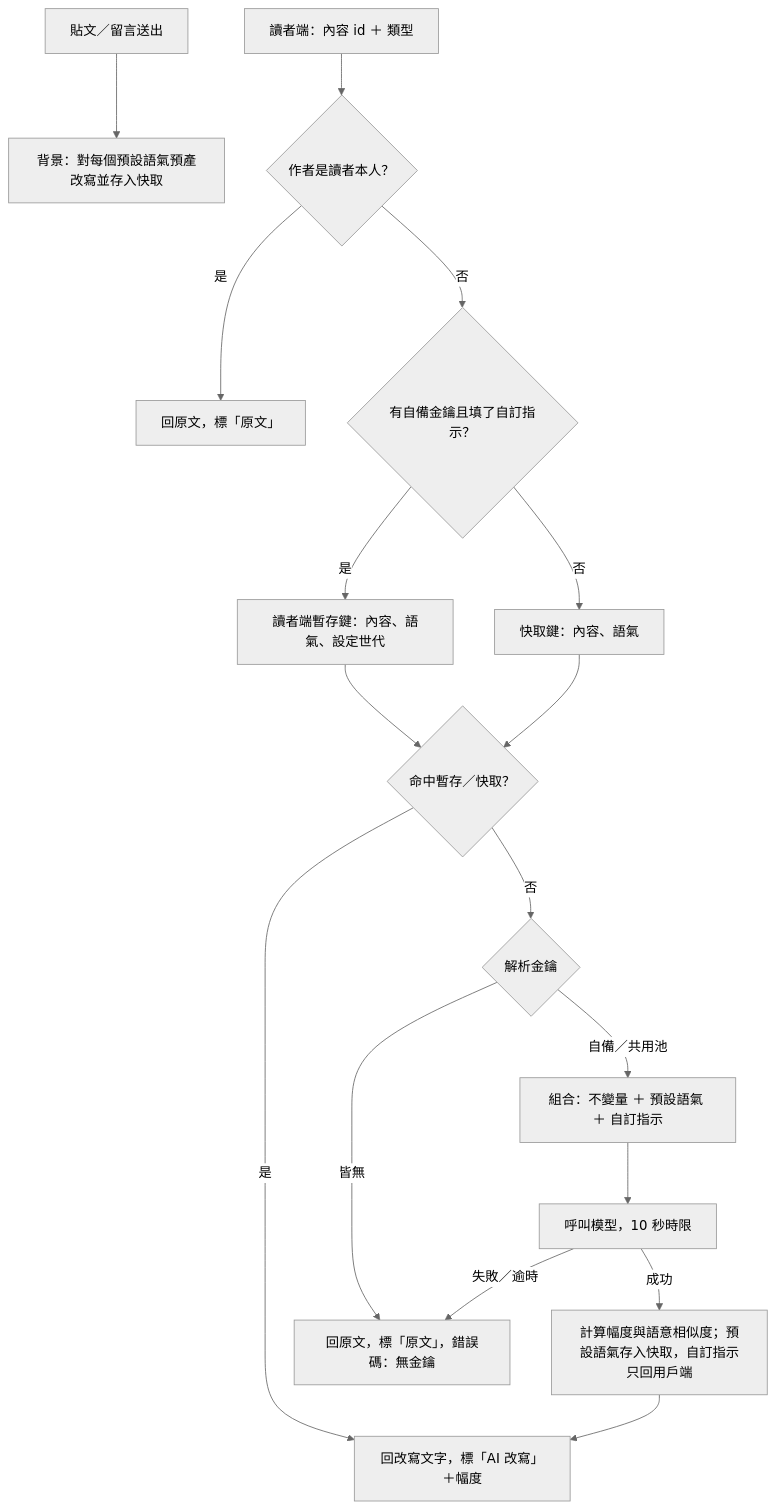
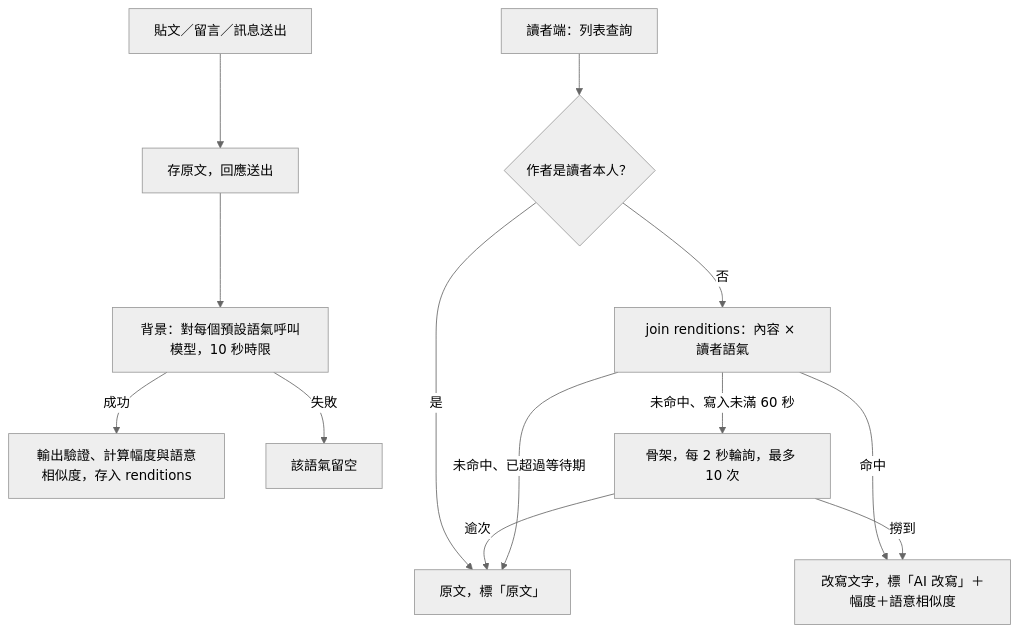
One commit to yeeway0609/ai-social changed the diagram in backlog/docs/ai-social/doc-002 - 語氣改寫引擎-PRD.md. Above: the diagram before and after it, drawn with Mermaid (neutral theme). The commit also changed other lines of this file and 54 other files, not shown here.

````diff
--- a/backlog/docs/ai-social/doc-002 - 語氣改寫引擎-PRD.md
+++ b/backlog/docs/ai-social/doc-002 - 語氣改寫引擎-PRD.md
@@ -90,18 +88,15 @@
 ```mermaid
 flowchart TD
-  W[貼文／留言送出] --> P[背景：對每個預設語氣預產改寫並存入快取]
-  A[讀者端：內容 id ＋ 類型] --> B{作者是讀者本人？}
-  B -- 是 --> Z[回原文，標「原文」]
-  B -- 否 --> D{有自備金鑰且填了自訂指示？}
-  D -- 是 --> E[讀者端暫存鍵：內容、語氣、設定世代]
-  D -- 否 --> F[快取鍵：內容、語氣]
-  E --> G{命中暫存／快取？}
-  F --> G
-  G -- 是 --> H[回改寫文字，標「AI 改寫」＋幅度]
-  G -- 否 --> I{解析金鑰}
-  I -- 皆無 --> Y[回原文，標「原文」，錯誤碼：無金鑰]
-  I -- 自備／共用池 --> J[組合：不變量 ＋ 預設語氣 ＋ 自訂指示]
-  J --> K[呼叫模型，10 秒時限]
-  K -- 失敗／逾時 --> Y
-  K -- 成功 --> L[計算幅度與語意相似度；預設語氣存入快取，自訂指示只回用戶端] --> H
+  W[貼文／留言／訊息送出] --> S[存原文，回應送出]
+  S --> P[背景：對每個預設語氣呼叫模型，10 秒時限]
+  P -- 成功 --> Q[輸出驗證、計算幅度與語意相似度，存入 renditions]
+  P -- 失敗 --> X[該語氣留空]
+  A[讀者端：列表查詢] --> B{作者是讀者本人？}
+  B -- 是 --> Z[原文，標「原文」]
+  B -- 否 --> C[join renditions：內容 × 讀者語氣]
+  C -- 命中 --> H[改寫文字，標「AI 改寫」＋幅度＋語意相似度]
+  C -- 未命中、寫入未滿 60 秒 --> D[骨架，每 2 秒輪詢，最多 10 次]
+  D -- 撈到 --> H
+  D -- 逾次 --> Z
+  C -- 未命中、已超過等待期 --> Z
 ```
````
